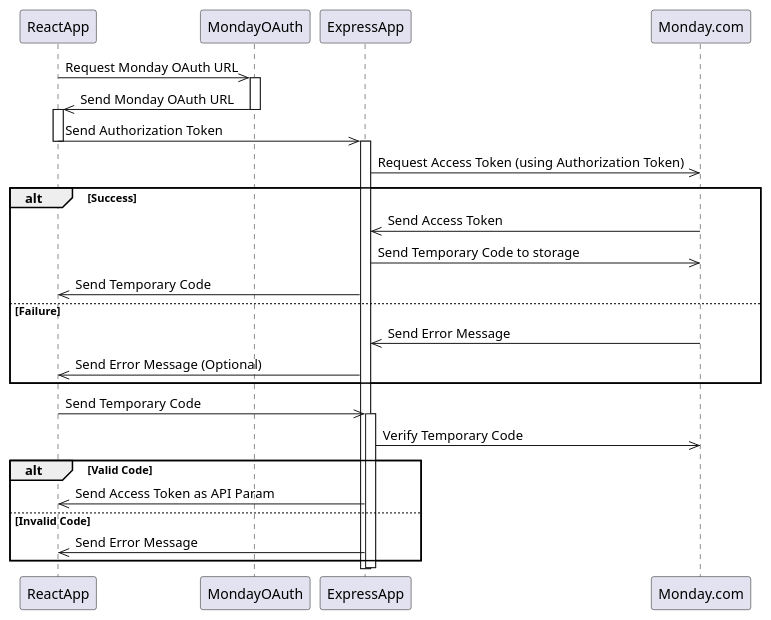
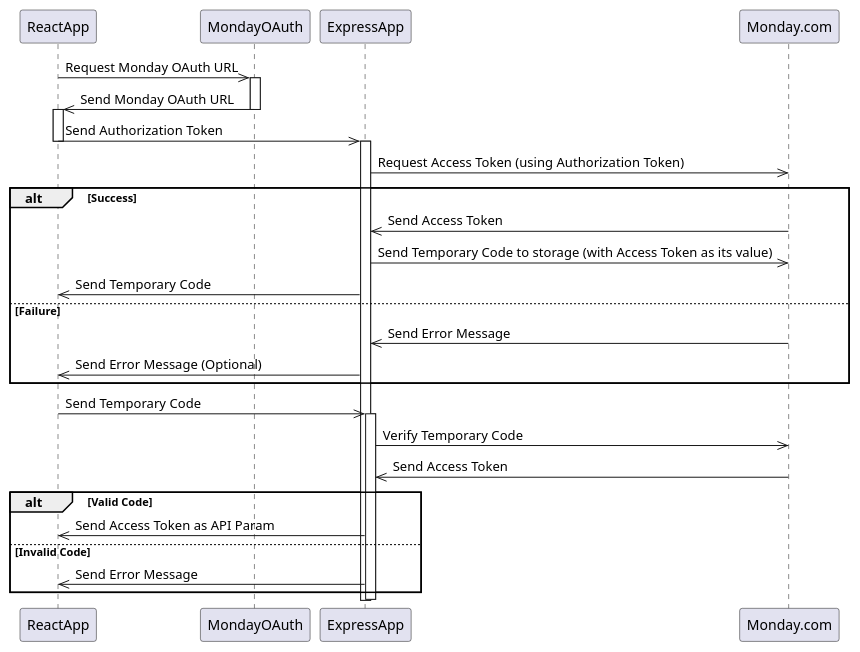
The diagram in auth-flow.puml (pashioya/task-trove), drawn with PlantUML before and after one commit. The commit also changed 3 other files, not shown here.

Commit message:
added the second part of the flow

```diff
--- a/auth-flow.puml
+++ b/auth-flow.puml
@@ -1,40 +1,42 @@
 @startuml
 
 participant ReactApp
 participant MondayOAuth
 participant ExpressApp
 
 ReactApp->> MondayOAuth : Request Monday OAuth URL
 activate MondayOAuth
 MondayOAuth->>ReactApp : Send Monday OAuth URL
 deactivate MondayOAuth
 
 activate ReactApp
 ReactApp->>ExpressApp : Send Authorization Token
 deactivate ReactApp
 
 activate ExpressApp
 ExpressApp->>Monday.com : Request Access Token (using Authorization Token)
 alt Success
   Monday.com->>ExpressApp : Send Access Token
-  ExpressApp->>Monday.com : Send Temporary Code to storage
+  ExpressApp->>Monday.com : Send Temporary Code to storage (with Access Token as its value)
   ExpressApp->>ReactApp : Send Temporary Code
 else Failure
   Monday.com->>ExpressApp : Send Error Message
   ExpressApp->>ReactApp : Send Error Message (Optional)
 end
 
 activate ReactApp
 ReactApp->>ExpressApp : Send Temporary Code
 deactivate ReactApp
 
 activate ExpressApp
 ExpressApp->>Monday.com : Verify Temporary Code
+Monday.com->>ExpressApp : Send Access Token
+
 alt Valid Code
   ExpressApp->>ReactApp : Send Access Token as API Param
 else Invalid Code
   ExpressApp->>ReactApp : Send Error Message
 end
 
 deactivate ExpressApp
 @enduml
```
